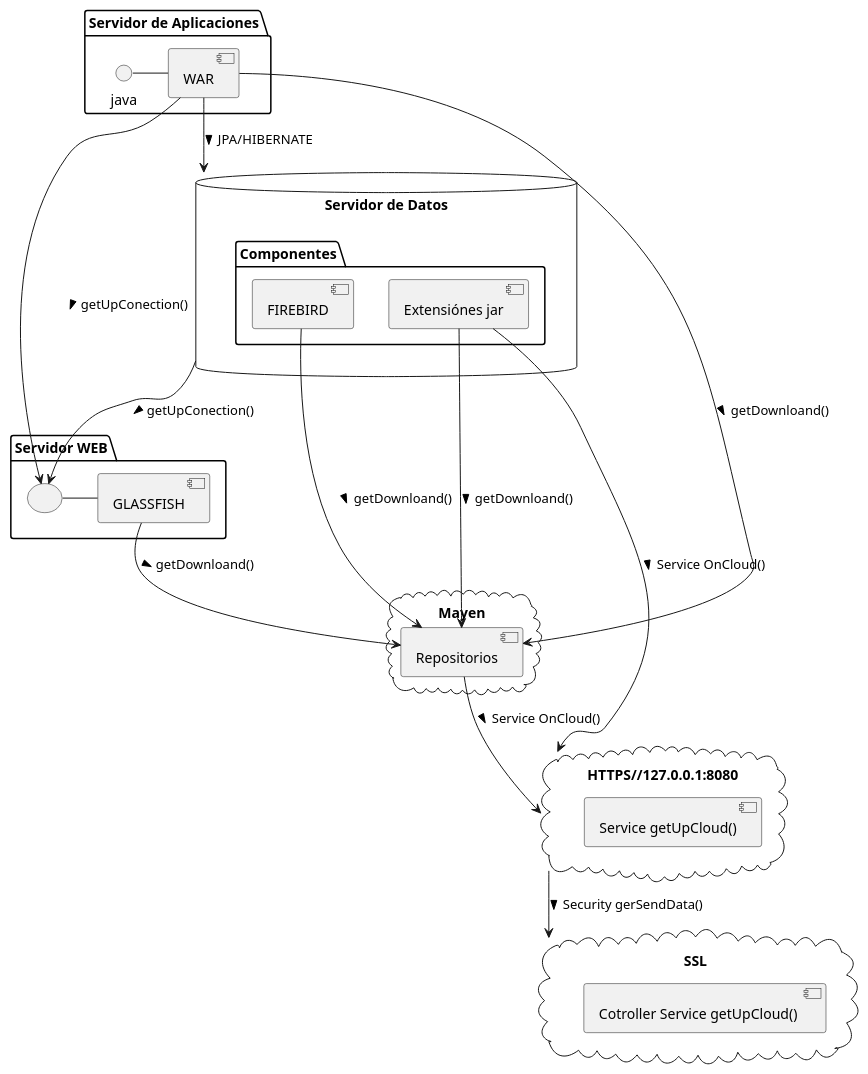
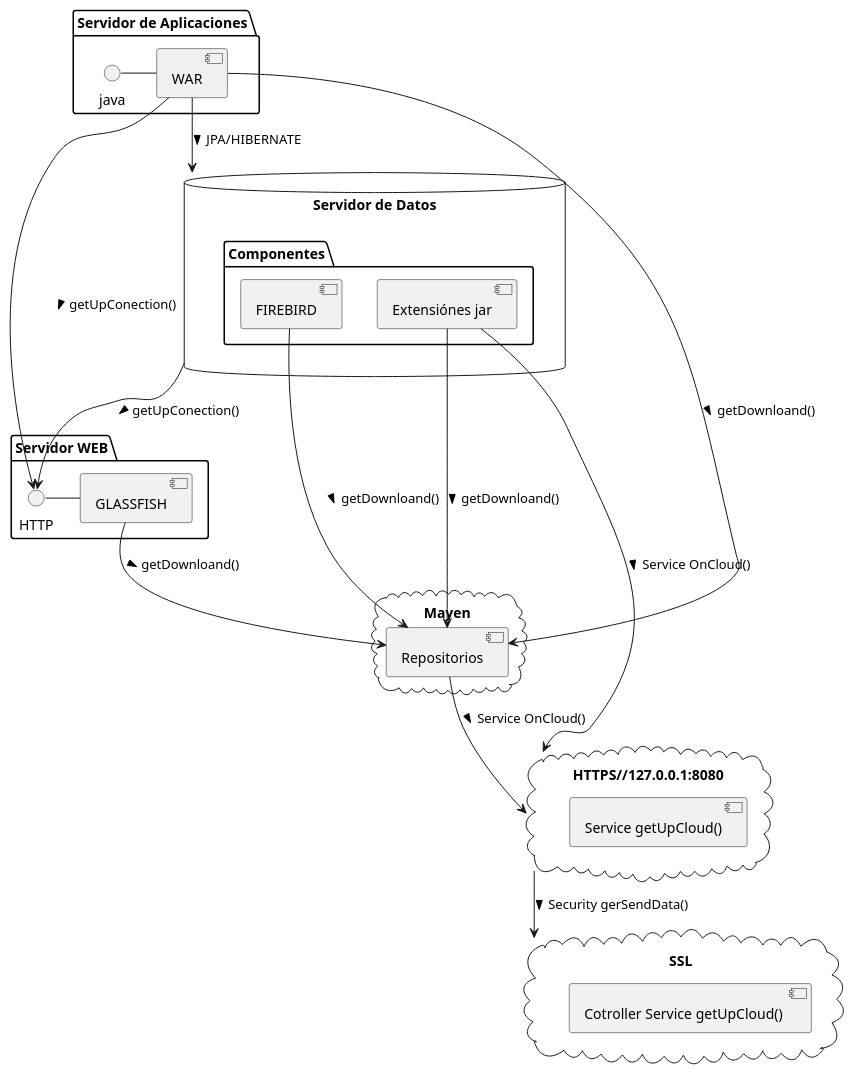
The diagram in src/main/java/org/logistica/uml/D_Components.puml (AQPRenzo/logistica), drawn with PlantUML before and after one commit. The commit also changed 7 other files, not shown here.

Commit message:
Iteración-uml [1.c.002] v1.02

```diff
--- a/src/main/java/org/logistica/uml/D_Components.puml
+++ b/src/main/java/org/logistica/uml/D_Components.puml
@@ -1,44 +1,41 @@
 @startuml
-
-  package "Servidor de Aplicaciones" {
+ package "Servidor de Aplicaciones" {
     () "java" as O
     [WAR] as SA
   }
   
   database "Servidor de Datos" as DB  {
     package "Componentes"  {
       [FIREBIRD] as FB
       [Extensiónes jar] as EJ
     }
   }
 
-  package "Servidor WEB" {
-    '[ ] "java" as ( )
-    [ ] as ( )
+ package "Servidor WEB" {
+    () "HTTP" as H
     [GLASSFISH] as GF
   }
- cloud "Mayen" {
+cloud "Mayen" {
  [Repositorios] as RP
 }
   
  cloud "HTTPS//127.0.0.1:8080" as HTTPS {
  [Service getUpCloud()] as SG
   }
  cloud "SSL" {
  [Cotroller Service getUpCloud() ] as CS
-
+}
 
  O - SA
-( ) - GF
-SA --> ( ) :getUpConection() >
-DB --> ( ) :getUpConection() >
+H - GF
+SA --> H :getUpConection() >
+DB --> H :getUpConection() >
 SA --> DB :JPA/HIBERNATE >
 GF --> RP :getDownloand() >
 SA --> RP :getDownloand() >
 FB --> RP :getDownloand() >
 EJ --> RP :getDownloand() >
 EJ --> HTTPS :Service OnCloud() >
 RP --> HTTPS :Service OnCloud() >
 HTTPS --> SSL : Security gerSendData() >
-
-@enduml 
+@enduml
```
